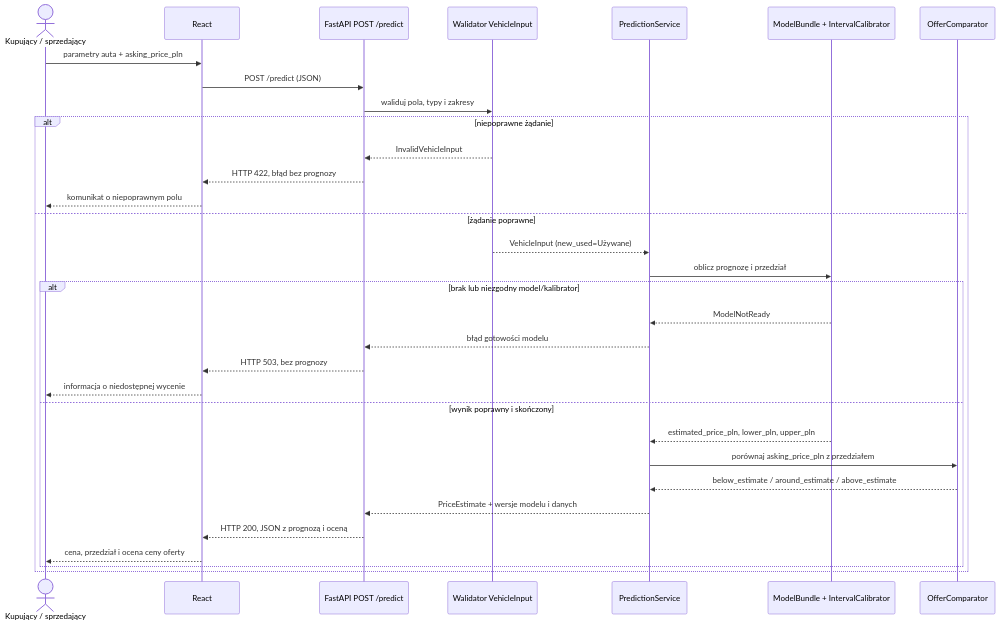
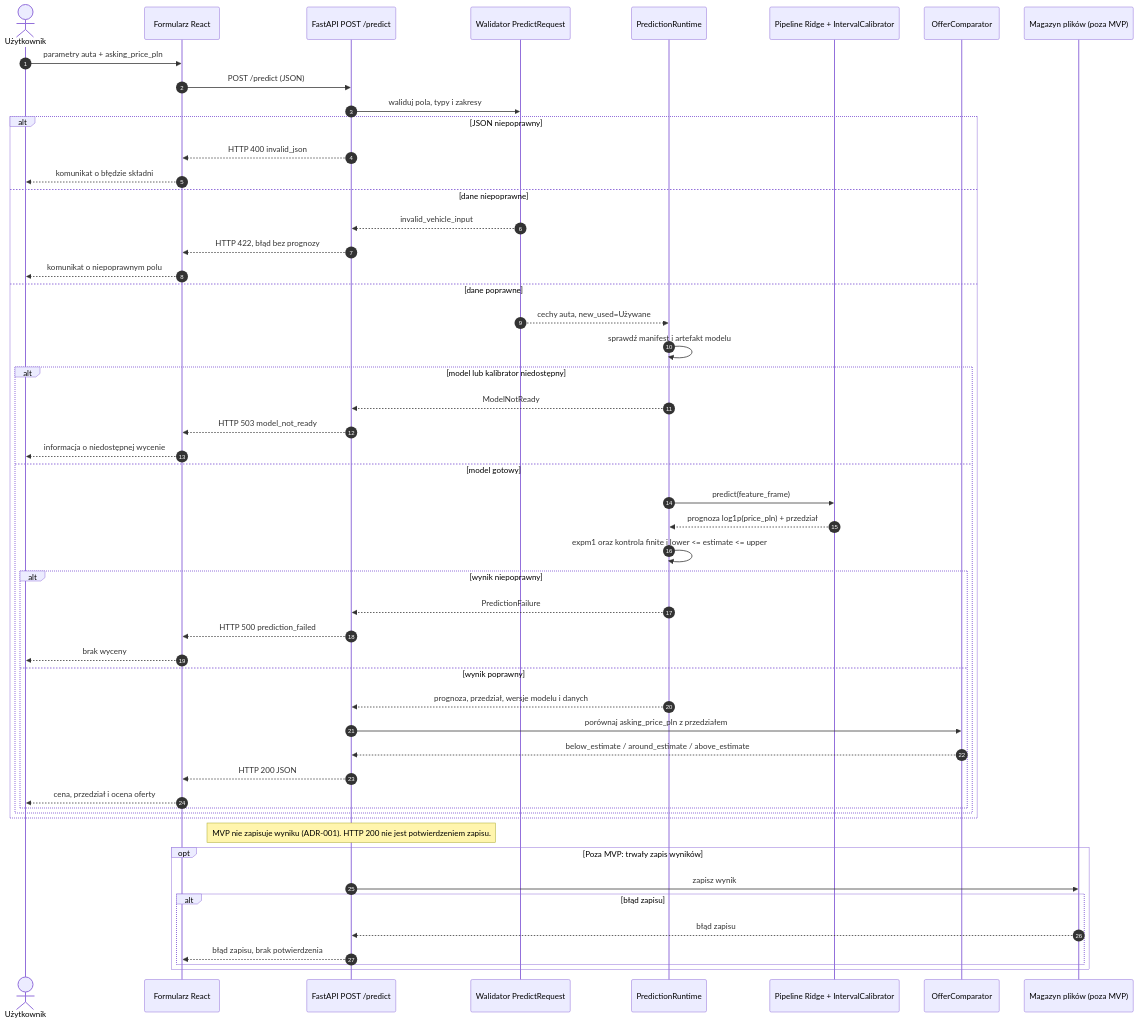
The second of 2 diagrams in docs/architecture.md (kollekka/Marabuty), drawn with Mermaid before and after one commit. The commit also changed other lines of this file and 1 other file, not shown here.

Commit message:
docs: diagram sekwencji UML UC-01 (Mermaid)

````diff
--- a/docs/architecture.md
+++ b/docs/architecture.md
@@ -168,35 +172,55 @@
 ```mermaid
 sequenceDiagram
-    actor U as Kupujący / sprzedający
-    participant UI as React
+    autonumber
+    actor U as Użytkownik
+    participant UI as Formularz React
     participant API as FastAPI POST /predict
-    participant V as Walidator VehicleInput
-    participant P as PredictionService
-    participant M as ModelBundle + IntervalCalibrator
+    participant V as Walidator PredictRequest
+    participant R as PredictionRuntime
+    participant M as Pipeline Ridge + IntervalCalibrator
     participant C as OfferComparator
+    participant FS as Magazyn plików (poza MVP)
 
     U->>UI: parametry auta + asking_price_pln
     UI->>API: POST /predict (JSON)
     API->>V: waliduj pola, typy i zakresy
-    alt niepoprawne żądanie
-        V-->>API: InvalidVehicleInput
+    alt JSON niepoprawny
+        API-->>UI: HTTP 400 invalid_json
+        UI-->>U: komunikat o błędzie składni
+    else dane niepoprawne
+        V-->>API: invalid_vehicle_input
         API-->>UI: HTTP 422, błąd bez prognozy
         UI-->>U: komunikat o niepoprawnym polu
-    else żądanie poprawne
-        V-->>P: VehicleInput (new_used=Używane)
-        P->>M: oblicz prognozę i przedział
-        alt brak lub niezgodny model/kalibrator
-            M-->>P: ModelNotReady
-            P-->>API: błąd gotowości modelu
-            API-->>UI: HTTP 503, bez prognozy
+    else dane poprawne
+        V-->>R: cechy auta, new_used=Używane
+        R->>R: sprawdź manifest i artefakt modelu
+        alt model lub kalibrator niedostępny
+            R-->>API: ModelNotReady
+            API-->>UI: HTTP 503 model_not_ready
             UI-->>U: informacja o niedostępnej wycenie
-        else wynik poprawny i skończony
-            M-->>P: estimated_price_pln, lower_pln, upper_pln
-            P->>C: porównaj asking_price_pln z przedziałem
-            C-->>P: below_estimate / around_estimate / above_estimate
-            P-->>API: PriceEstimate + wersje modelu i danych
-            API-->>UI: HTTP 200, JSON z prognozą i oceną
-            UI-->>U: cena, przedział i ocena ceny oferty
+        else model gotowy
+            R->>M: predict(feature_frame)
+            M-->>R: prognoza log1p(price_pln) + przedział
+            R->>R: expm1 oraz kontrola finite i lower <= estimate <= upper
+            alt wynik niepoprawny
+                R-->>API: PredictionFailure
+                API-->>UI: HTTP 500 prediction_failed
+                UI-->>U: brak wyceny
+            else wynik poprawny
+                R-->>API: prognoza, przedział, wersje modelu i danych
+                API->>C: porównaj asking_price_pln z przedziałem
+                C-->>API: below_estimate / around_estimate / above_estimate
+                API-->>UI: HTTP 200 JSON
+                UI-->>U: cena, przedział i ocena oferty
+            end
+        end
+    end
+    Note over API: MVP nie zapisuje wyniku (ADR-001). HTTP 200 nie jest potwierdzeniem zapisu.
+    opt Poza MVP: trwały zapis wyników
+        API->>FS: zapisz wynik
+        alt błąd zapisu
+            FS-->>API: błąd zapisu
+            API-->>UI: błąd zapisu, brak potwierdzenia
         end
     end
 ```
````
